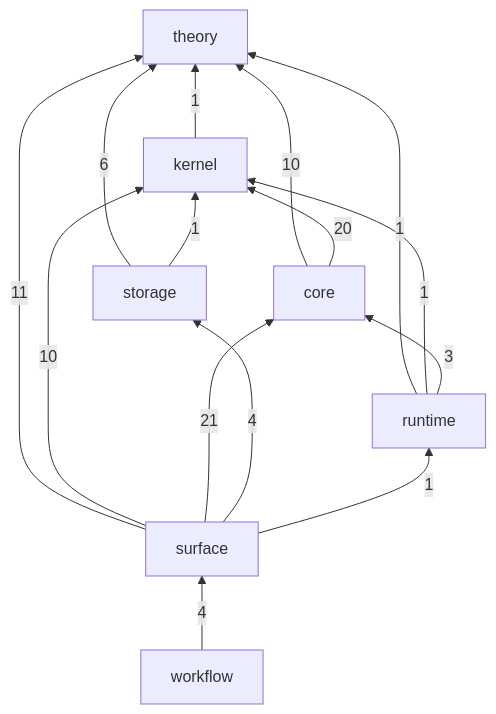
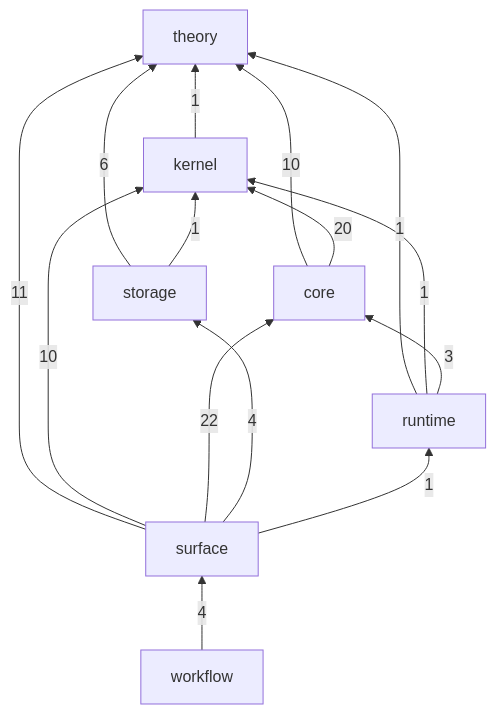
The diagram in crates/README.md (gandr-lang/gandr), drawn with Mermaid before and after one commit. The commit also changed 41 other files, not shown here.

````diff
--- a/crates/README.md
+++ b/crates/README.md
@@ -32,24 +32,24 @@
 ```mermaid
 flowchart BT
   theory
   kernel
   core
   storage
   runtime
   surface
   workflow
   kernel -->|1| theory
   core -->|10| theory
   core -->|20| kernel
   storage -->|6| theory
   storage -->|1| kernel
   runtime -->|1| theory
   runtime -->|1| kernel
   runtime -->|3| core
   surface -->|11| theory
   surface -->|10| kernel
-  surface -->|21| core
+  surface -->|22| core
   surface -->|4| storage
   surface -->|1| runtime
   workflow -->|4| surface
 ```
````
